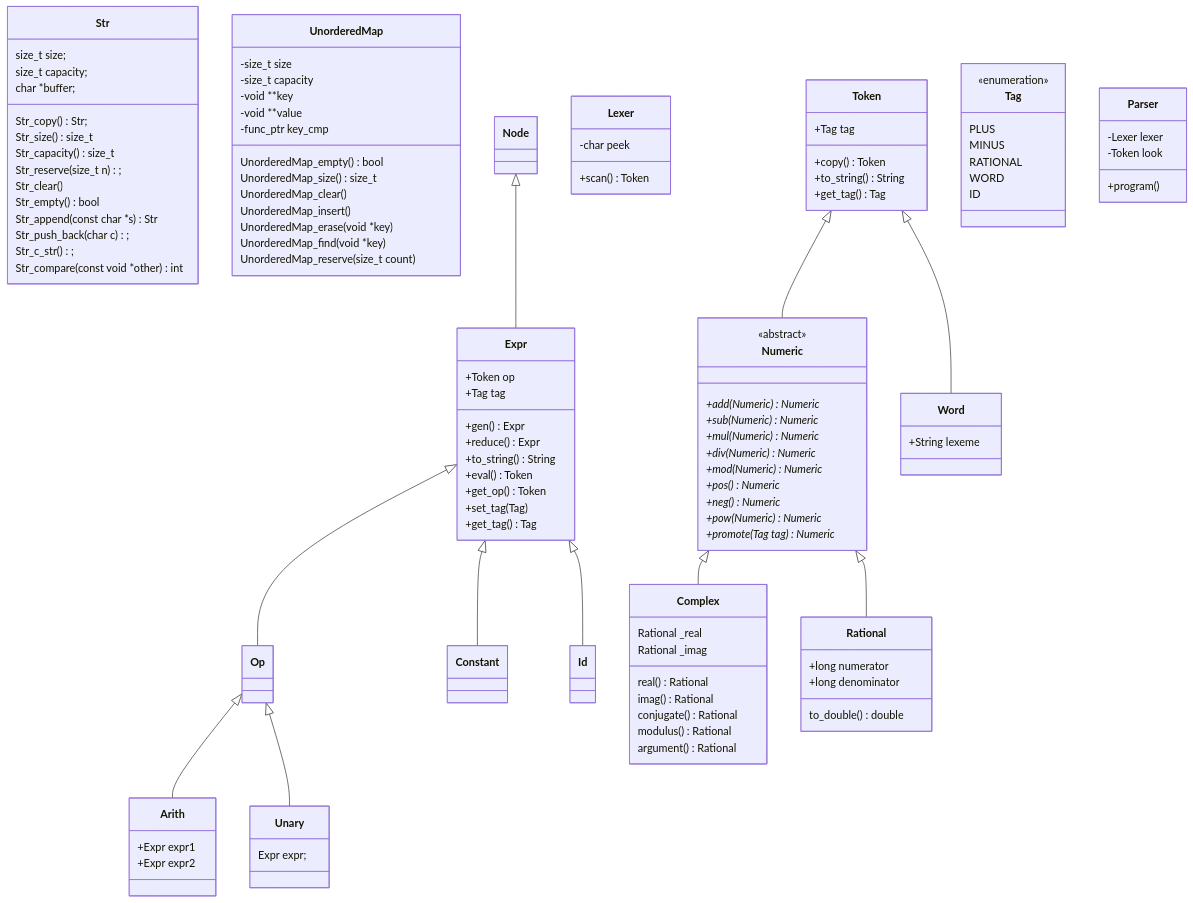
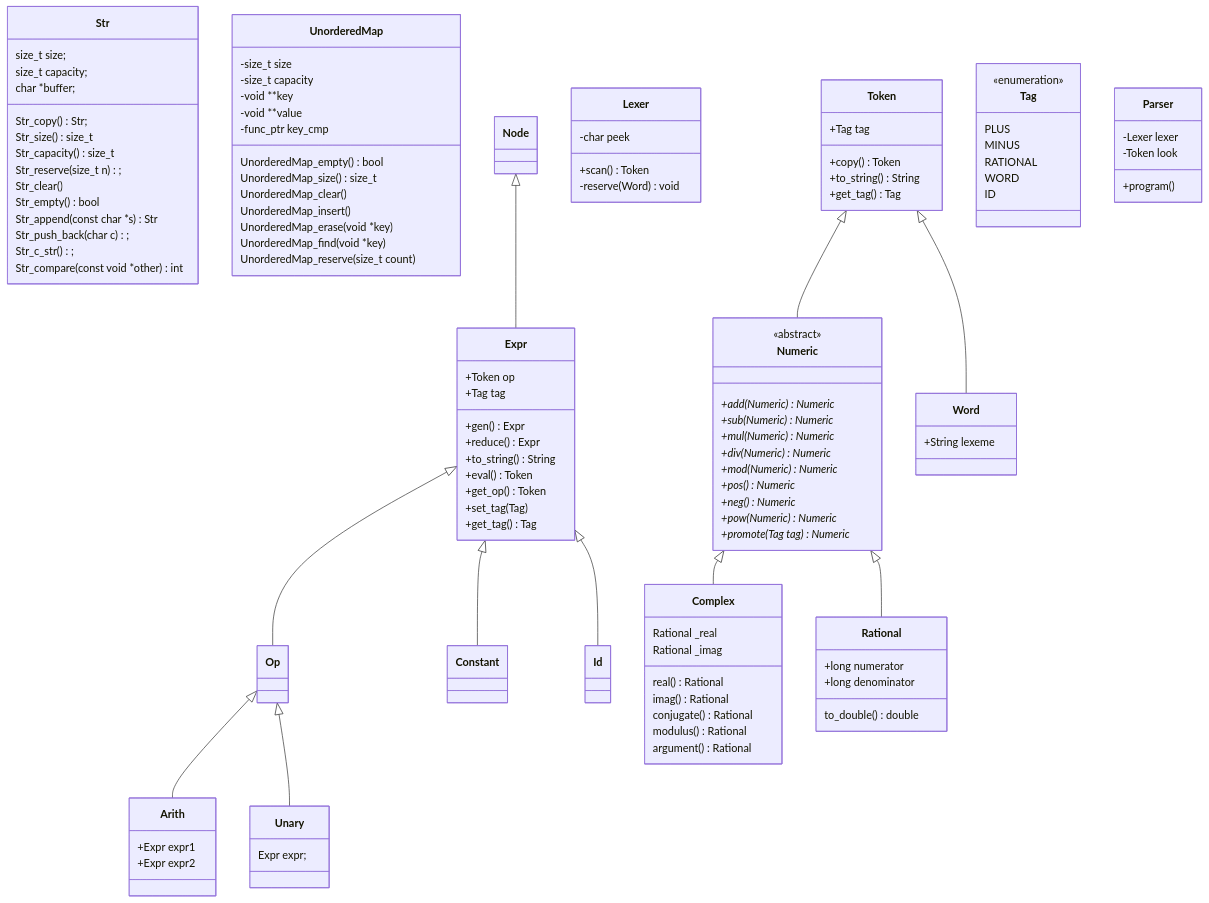
The diagram in diagram.md (nwhean/42_computorv), drawn with Mermaid before and after one commit. The commit also changed 5 other files, not shown here.

```diff
--- a/diagram.md
+++ b/diagram.md
@@ -85,6 +85,7 @@
 	class Lexer {
 		-char peek
 		+scan() Token
+		-reserve(Word) void
 	}
 
 	Token <|-- Numeric
```
